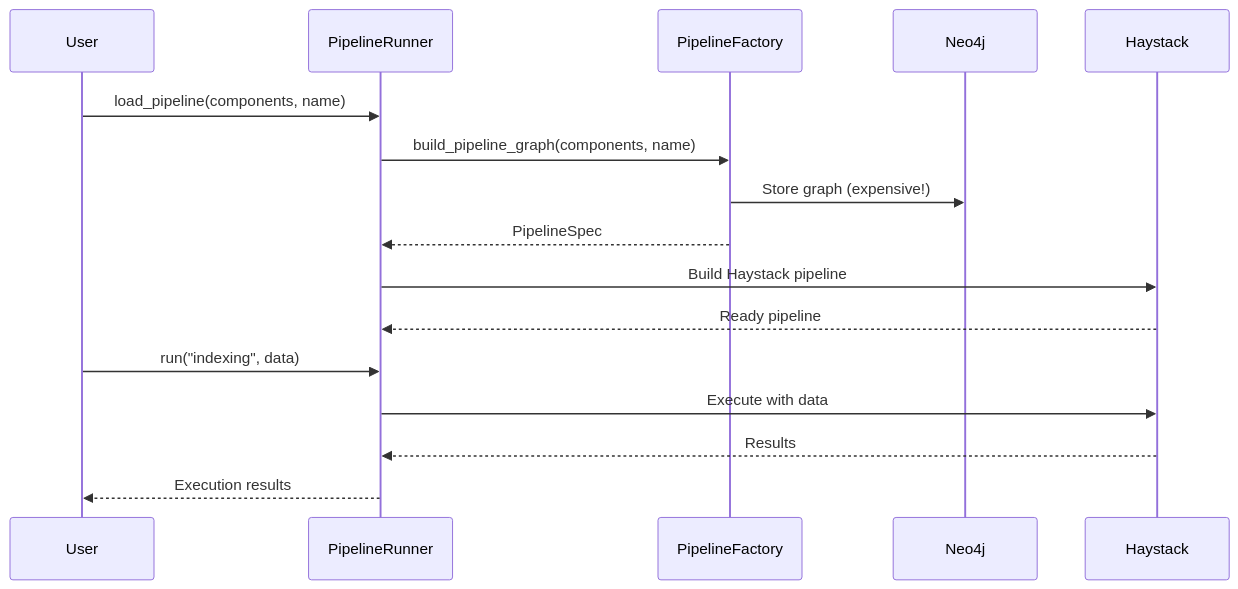
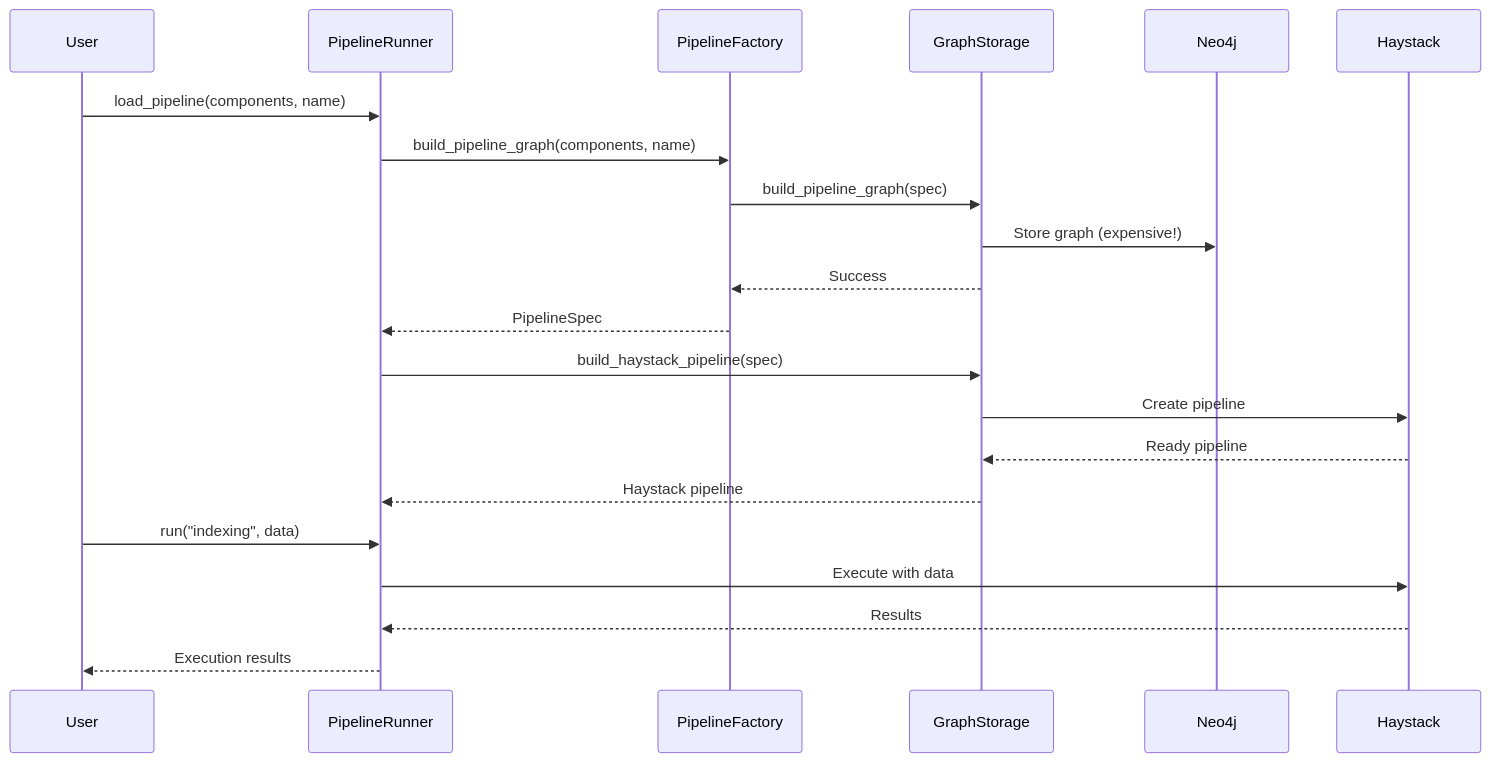
The fourth of 4 diagrams in agentic_rag/pipeline/README.md (arkhai-io/agentic-rag-green), drawn with Mermaid before and after one commit. The commit also changed other lines of this file and 5 other files, not shown here.

````diff
--- a/agentic_rag/pipeline/README.md
+++ b/agentic_rag/pipeline/README.md
@@ -149,20 +142,25 @@
 ```mermaid
 sequenceDiagram
     participant U as User
     participant R as PipelineRunner
     participant F as PipelineFactory
+    participant S as GraphStorage
     participant N as Neo4j
     participant H as Haystack
 
     U->>R: load_pipeline(components, name)
     R->>F: build_pipeline_graph(components, name)
-    F->>N: Store graph (expensive!)
+    F->>S: build_pipeline_graph(spec)
+    S->>N: Store graph (expensive!)
+    S-->>F: Success
     F-->>R: PipelineSpec
-    R->>H: Build Haystack pipeline
-    H-->>R: Ready pipeline
+    R->>S: build_haystack_pipeline(spec)
+    S->>H: Create pipeline
+    H-->>S: Ready pipeline
+    S-->>R: Haystack pipeline
 
     U->>R: run("indexing", data)
     R->>H: Execute with data
     H-->>R: Results
     R-->>U: Execution results
 ```
````
